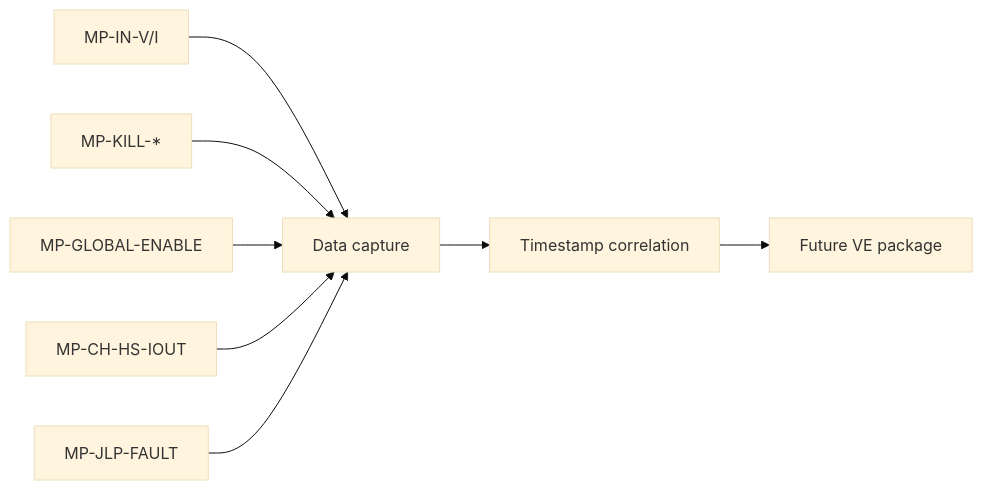
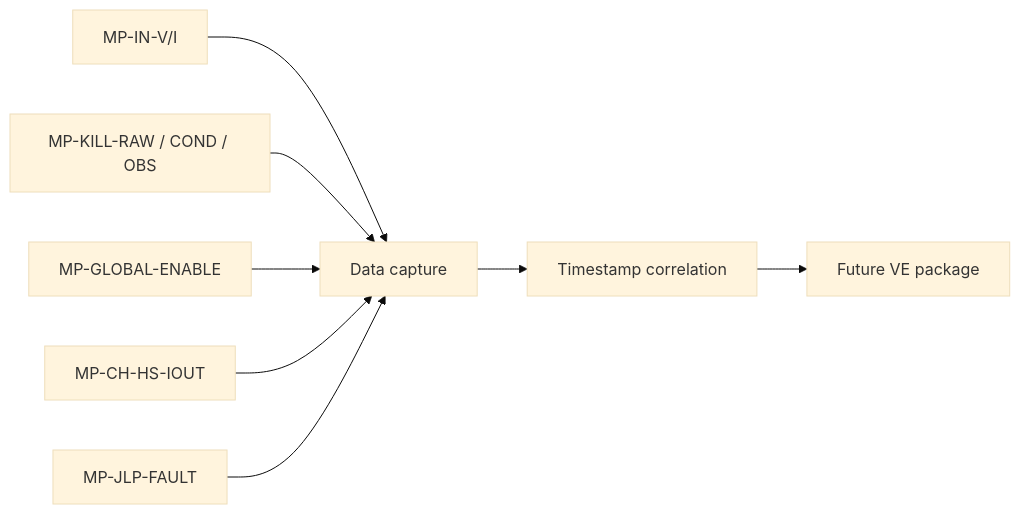
Before and after one commit to Gr1mSkull/Project-Drive-Core: the sixth of 6 diagrams in docs/DevKit/DevKit_Functional_Block_Diagram.md, drawn with Mermaid (base theme). The commit also changed other lines of this file and 9 other files, not shown here.

First line of the commit message:
WP-010-R1: Functional electrical architecture consistency corrections

````diff
--- a/docs/DevKit/DevKit_Functional_Block_Diagram.md
+++ b/docs/DevKit/DevKit_Functional_Block_Diagram.md
@@ -166,10 +187,10 @@
 ```mermaid
 flowchart LR
     MP1["MP-IN-V/I"] --> LOG["Data capture"]
-    MP2["MP-KILL-*"] --> LOG
+    MP2["MP-KILL-RAW / COND / OBS"] --> LOG
     MP3["MP-GLOBAL-ENABLE"] --> LOG
     MP4["MP-CH-HS-IOUT"] --> LOG
     MP5["MP-JLP-FAULT"] --> LOG
     LOG --> TS["Timestamp correlation"]
     TS --> VE["Future VE package"]
 ```
````
